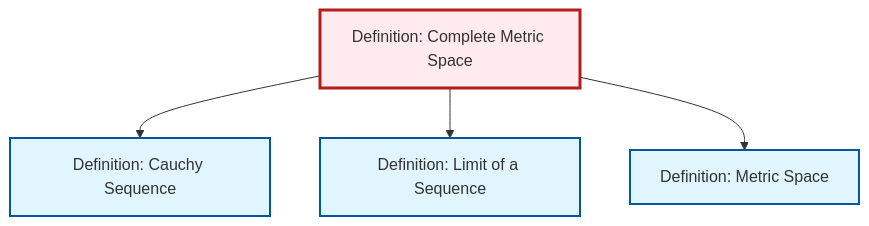
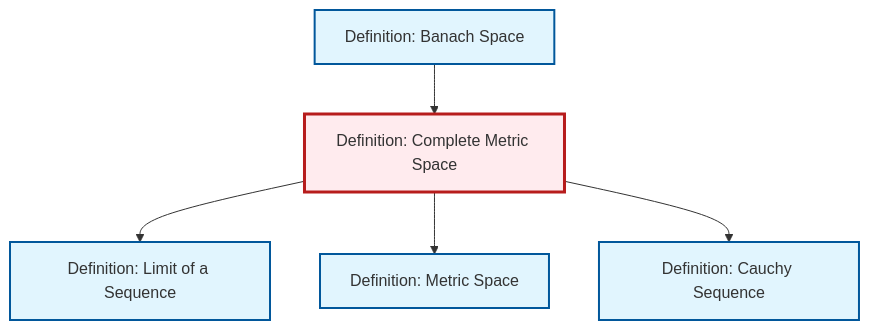
Before and after one commit to RK0429/ModernMath: the diagram in content/ja/analysis/def-complete-metric-space.qmd, drawn with Mermaid. The commit also changed 581 other files, not shown here.

First line of the commit message:
feat: Add epimorphism definition and complete integral domain translations

````diff
--- a/content/ja/analysis/def-complete-metric-space.qmd
+++ b/content/ja/analysis/def-complete-metric-space.qmd
@@ -54,20 +54,23 @@
 ```{mermaid}
 %%| fig-cap: "Local dependency graph"
 graph TD
     classDef definition fill:#e1f5fe,stroke:#01579b,stroke-width:2px
     classDef theorem fill:#f3e5f5,stroke:#4a148c,stroke-width:2px
     classDef axiom fill:#fff3e0,stroke:#e65100,stroke-width:2px
     classDef example fill:#e8f5e9,stroke:#1b5e20,stroke-width:2px
     classDef current fill:#ffebee,stroke:#b71c1c,stroke-width:3px
+    def-banach-space["Definition: Banach Space"]:::definition
+    def-metric-space["Definition: Metric Space"]:::definition
     def-cauchy-sequence["Definition: Cauchy Sequence"]:::definition
+    def-limit["Definition: Limit of a Sequence"]:::definition
     def-complete-metric-space["Definition: Complete Metric Space"]:::definition
-    def-limit["Definition: Limit of a Sequence"]:::definition
-    def-metric-space["Definition: Metric Space"]:::definition
-    def-complete-metric-space --> def-cauchy-sequence
+    def-banach-space --> def-complete-metric-space
     def-complete-metric-space --> def-limit
     def-complete-metric-space --> def-metric-space
+    def-complete-metric-space --> def-cauchy-sequence
     class def-complete-metric-space current
+    click def-banach-space "def-banach-space.html" "Definition: Banach Spaceへ"
+    click def-metric-space "def-metric-space.html" "Definition: Metric Spaceへ"
     click def-cauchy-sequence "def-cauchy-sequence.html" "Definition: Cauchy Sequenceへ"
     click def-limit "def-limit.html" "Definition: Limit of a Sequenceへ"
-    click def-metric-space "def-metric-space.html" "Definition: Metric Spaceへ"
 ```
````
